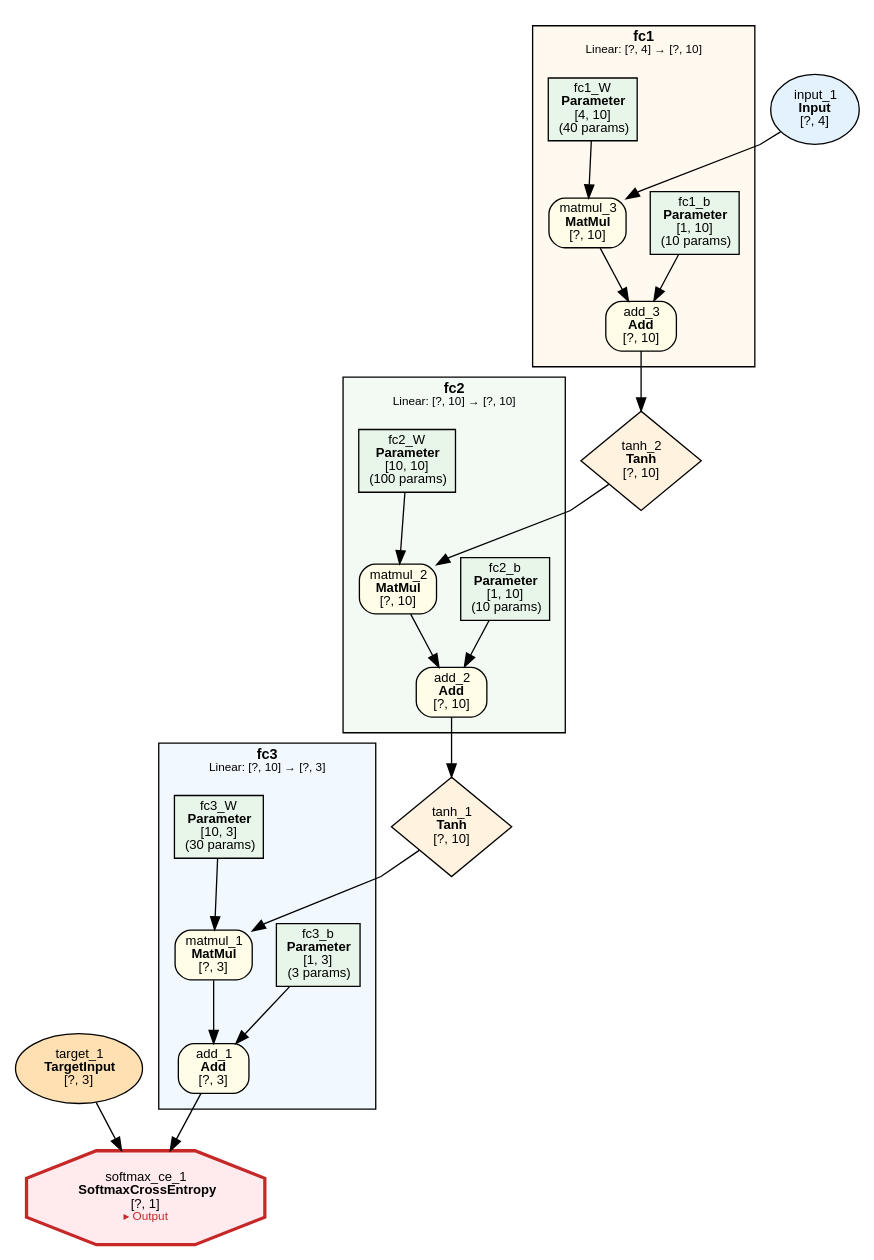
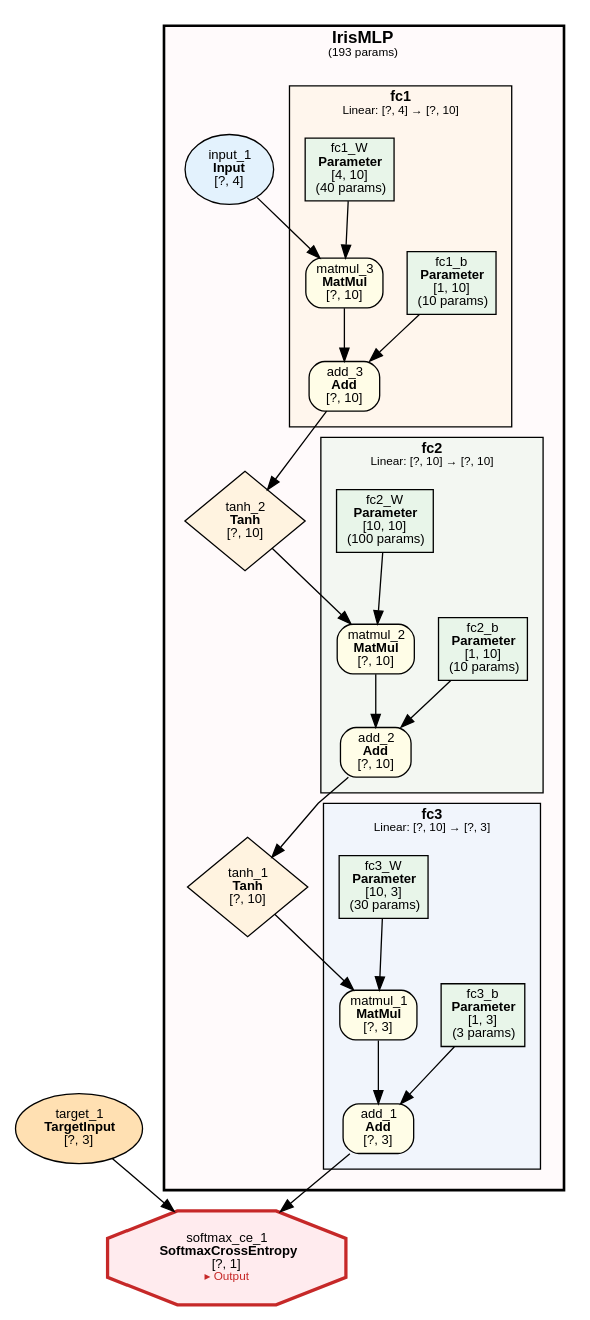
The diagram in examples/iris/iris.dot (dbsxdbsx/only_torch), drawn with Graphviz before and after one commit. The commit also changed 29 other files, not shown here.

```diff
--- a/examples/iris/iris.dot
+++ b/examples/iris/iris.dot
@@ -1,69 +1,79 @@
 digraph ComputeGraph {
     rankdir=TB;
     newrank=true;
     splines=polyline;
     node [fontname="Microsoft YaHei,SimHei,Arial"];
     edge [fontname="Microsoft YaHei,SimHei,Arial"];
 
-    subgraph cluster_group_linear_2 {
-        label=<<B>fc3</B><BR/><FONT POINT-SIZE="9">Linear: [?, 10] → [?, 3]</FONT>>;
-        style=filled;
-        fillcolor="#E3F2FD80";
+    subgraph cluster_model_IrisMLP {
+        label=<<B>IrisMLP</B><BR/><FONT POINT-SIZE="9">(193 params)</FONT>>;
+        style="filled,bold";
+        fillcolor="#FFEBEE40";
         fontname="Microsoft YaHei,SimHei,Arial";
-        fontsize=11;
-        margin=12;
-            "2" [label=<add_1<BR/><B>Add</B><BR/>[?, 3]> shape=box style="filled,rounded" fillcolor="#FFFDE7" fontsize=10];
-            "4" [label=<matmul_1<BR/><B>MatMul</B><BR/>[?, 3]> shape=box style="filled,rounded" fillcolor="#FFFDE7" fontsize=10];
-            "5" [label=<fc3_b<BR/><B>Parameter</B><BR/>[1, 3]<BR/>(3 params)> shape=box style=filled fillcolor="#E8F5E9" fontsize=10];
-            "7" [label=<fc3_W<BR/><B>Parameter</B><BR/>[10, 3]<BR/>(30 params)> shape=box style=filled fillcolor="#E8F5E9" fontsize=10];
-    }
+        fontsize=13;
+        margin=16;
 
-    subgraph cluster_group_linear_1 {
-        label=<<B>fc2</B><BR/><FONT POINT-SIZE="9">Linear: [?, 10] → [?, 10]</FONT>>;
-        style=filled;
-        fillcolor="#E8F5E980";
-        fontname="Microsoft YaHei,SimHei,Arial";
-        fontsize=11;
-        margin=12;
-            "8" [label=<add_2<BR/><B>Add</B><BR/>[?, 10]> shape=box style="filled,rounded" fillcolor="#FFFDE7" fontsize=10];
-            "9" [label=<matmul_2<BR/><B>MatMul</B><BR/>[?, 10]> shape=box style="filled,rounded" fillcolor="#FFFDE7" fontsize=10];
-            "10" [label=<fc2_b<BR/><B>Parameter</B><BR/>[1, 10]<BR/>(10 params)> shape=box style=filled fillcolor="#E8F5E9" fontsize=10];
-            "12" [label=<fc2_W<BR/><B>Parameter</B><BR/>[10, 10]<BR/>(100 params)> shape=box style=filled fillcolor="#E8F5E9" fontsize=10];
-    }
+        subgraph cluster_IrisMLP_fc3 {
+            label=<<B>fc3</B><BR/><FONT POINT-SIZE="9">Linear: [?, 10] → [?, 3]</FONT>>;
+            style=filled;
+            fillcolor="#E3F2FD80";
+            fontname="Microsoft YaHei,SimHei,Arial";
+            fontsize=11;
+            margin=12;
+                "2" [label=<add_1<BR/><B>Add</B><BR/>[?, 3]> shape=box style="filled,rounded" fillcolor="#FFFDE7" fontsize=10];
+                "4" [label=<matmul_1<BR/><B>MatMul</B><BR/>[?, 3]> shape=box style="filled,rounded" fillcolor="#FFFDE7" fontsize=10];
+                "5" [label=<fc3_b<BR/><B>Parameter</B><BR/>[1, 3]<BR/>(3 params)> shape=box style=filled fillcolor="#E8F5E9" fontsize=10];
+                "7" [label=<fc3_W<BR/><B>Parameter</B><BR/>[10, 3]<BR/>(30 params)> shape=box style=filled fillcolor="#E8F5E9" fontsize=10];
+        }
 
-    subgraph cluster_group_linear_0 {
-        label=<<B>fc1</B><BR/><FONT POINT-SIZE="9">Linear: [?, 4] → [?, 10]</FONT>>;
-        style=filled;
-        fillcolor="#FFF3E080";
-        fontname="Microsoft YaHei,SimHei,Arial";
-        fontsize=11;
-        margin=12;
-            "13" [label=<add_3<BR/><B>Add</B><BR/>[?, 10]> shape=box style="filled,rounded" fillcolor="#FFFDE7" fontsize=10];
-            "14" [label=<matmul_3<BR/><B>MatMul</B><BR/>[?, 10]> shape=box style="filled,rounded" fillcolor="#FFFDE7" fontsize=10];
-            "15" [label=<fc1_b<BR/><B>Parameter</B><BR/>[1, 10]<BR/>(10 params)> shape=box style=filled fillcolor="#E8F5E9" fontsize=10];
-            "17" [label=<fc1_W<BR/><B>Parameter</B><BR/>[4, 10]<BR/>(40 params)> shape=box style=filled fillcolor="#E8F5E9" fontsize=10];
+        subgraph cluster_IrisMLP_fc2 {
+            label=<<B>fc2</B><BR/><FONT POINT-SIZE="9">Linear: [?, 10] → [?, 10]</FONT>>;
+            style=filled;
+            fillcolor="#E8F5E980";
+            fontname="Microsoft YaHei,SimHei,Arial";
+            fontsize=11;
+            margin=12;
+                "8" [label=<add_2<BR/><B>Add</B><BR/>[?, 10]> shape=box style="filled,rounded" fillcolor="#FFFDE7" fontsize=10];
+                "9" [label=<matmul_2<BR/><B>MatMul</B><BR/>[?, 10]> shape=box style="filled,rounded" fillcolor="#FFFDE7" fontsize=10];
+                "10" [label=<fc2_b<BR/><B>Parameter</B><BR/>[1, 10]<BR/>(10 params)> shape=box style=filled fillcolor="#E8F5E9" fontsize=10];
+                "12" [label=<fc2_W<BR/><B>Parameter</B><BR/>[10, 10]<BR/>(100 params)> shape=box style=filled fillcolor="#E8F5E9" fontsize=10];
+        }
+
+        subgraph cluster_IrisMLP_fc1 {
+            label=<<B>fc1</B><BR/><FONT POINT-SIZE="9">Linear: [?, 4] → [?, 10]</FONT>>;
+            style=filled;
+            fillcolor="#FFF3E080";
+            fontname="Microsoft YaHei,SimHei,Arial";
+            fontsize=11;
+            margin=12;
+                "13" [label=<add_3<BR/><B>Add</B><BR/>[?, 10]> shape=box style="filled,rounded" fillcolor="#FFFDE7" fontsize=10];
+                "14" [label=<matmul_3<BR/><B>MatMul</B><BR/>[?, 10]> shape=box style="filled,rounded" fillcolor="#FFFDE7" fontsize=10];
+                "15" [label=<fc1_b<BR/><B>Parameter</B><BR/>[1, 10]<BR/>(10 params)> shape=box style=filled fillcolor="#E8F5E9" fontsize=10];
+                "17" [label=<fc1_W<BR/><B>Parameter</B><BR/>[4, 10]<BR/>(40 params)> shape=box style=filled fillcolor="#E8F5E9" fontsize=10];
+        }
+
+        "6" [label=<tanh_1<BR/><B>Tanh</B><BR/>[?, 10]> shape=diamond style=filled fillcolor="#FFF3E0" fontsize=10];
+        "11" [label=<tanh_2<BR/><B>Tanh</B><BR/>[?, 10]> shape=diamond style=filled fillcolor="#FFF3E0" fontsize=10];
+        "16" [label=<input_1<BR/><B>Input</B><BR/>[?, 4]> shape=ellipse style=filled fillcolor="#E3F2FD" fontsize=10];
     }
 
     "1" [label=<softmax_ce_1<BR/><B>SoftmaxCrossEntropy</B><BR/>[?, 1]<BR/><FONT COLOR="#C62828" POINT-SIZE="9">▸ Output</FONT>> shape=octagon style=filled fillcolor="#FFEBEE" fontsize=10 penwidth=2.5 color="#C62828"];
     "3" [label=<target_1<BR/><B>TargetInput</B><BR/>[?, 3]> shape=ellipse style=filled fillcolor="#FFE0B2" fontsize=10];
-    "6" [label=<tanh_1<BR/><B>Tanh</B><BR/>[?, 10]> shape=diamond style=filled fillcolor="#FFF3E0" fontsize=10];
-    "11" [label=<tanh_2<BR/><B>Tanh</B><BR/>[?, 10]> shape=diamond style=filled fillcolor="#FFF3E0" fontsize=10];
-    "16" [label=<input_1<BR/><B>Input</B><BR/>[?, 4]> shape=ellipse style=filled fillcolor="#E3F2FD" fontsize=10];
 
     "2" -> "1";
     "3" -> "1";
     "4" -> "2";
     "5" -> "2";
     "6" -> "4";
     "7" -> "4";
     "8" -> "6";
     "9" -> "8";
     "10" -> "8";
     "11" -> "9";
     "12" -> "9";
     "13" -> "11";
     "14" -> "13";
     "15" -> "13";
     "16" -> "14";
     "17" -> "14";
 }
```
